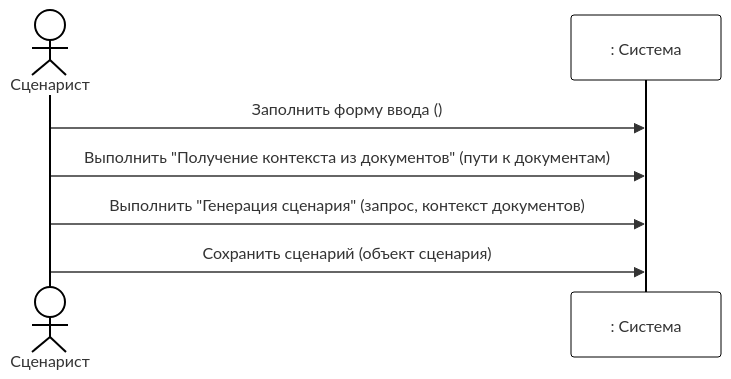
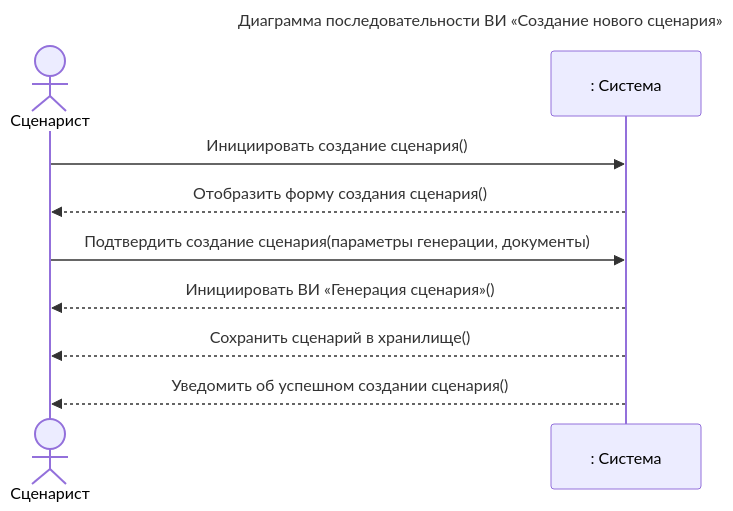
Before and after one commit to CHSU-scenarAIst/diagrammy: the first of 5 diagrams in 3. Диаграмма последовательностей системы.md, drawn with Mermaid. The commit also changed other lines of this file and 26 other files, not shown here.

````diff
--- a/3. Диаграмма последовательностей системы.md
+++ b/3. Диаграмма последовательностей системы.md
@@ -7,22 +31,15 @@
 ```mermaid
-%%{init: {
-  'theme': 'base',
-  'themeVariables': {
-    'primaryColor': '#fff',
-    'primaryBorderColor': '#000',
-    'lineColor': '#000',
-    'tertiaryColor': '#fff',
-    'edgeColor': '#000',
-    'fontFamily': 'arial',
-    'fontSize': '16px'
-  }
-}}%%
+---
+title: Диаграмма последовательности ВИ «Создание нового сценария»
+---
 sequenceDiagram
     actor User as Сценарист
     participant System as : Система
 
-    User->>System: Заполнить форму ввода ()
-    User->>System: Выполнить "Получение контекста из документов" (пути к документам)
-    User->>System: Выполнить "Генерация сценария" (запрос, контекст документов)
-    User->>System: Сохранить сценарий (объект сценария)
+    User->>System: Инициировать создание сценария()
+    System-->>User: Отобразить форму создания сценария()
+    User->>System: Подтвердить создание сценария(параметры генерации, документы)
+    System-->>User: Инициировать ВИ «Генерация сценария»()
+    System-->>User: Сохранить сценарий в хранилище()
+    System-->>User: Уведомить об успешном создании сценария()
 ```
````
